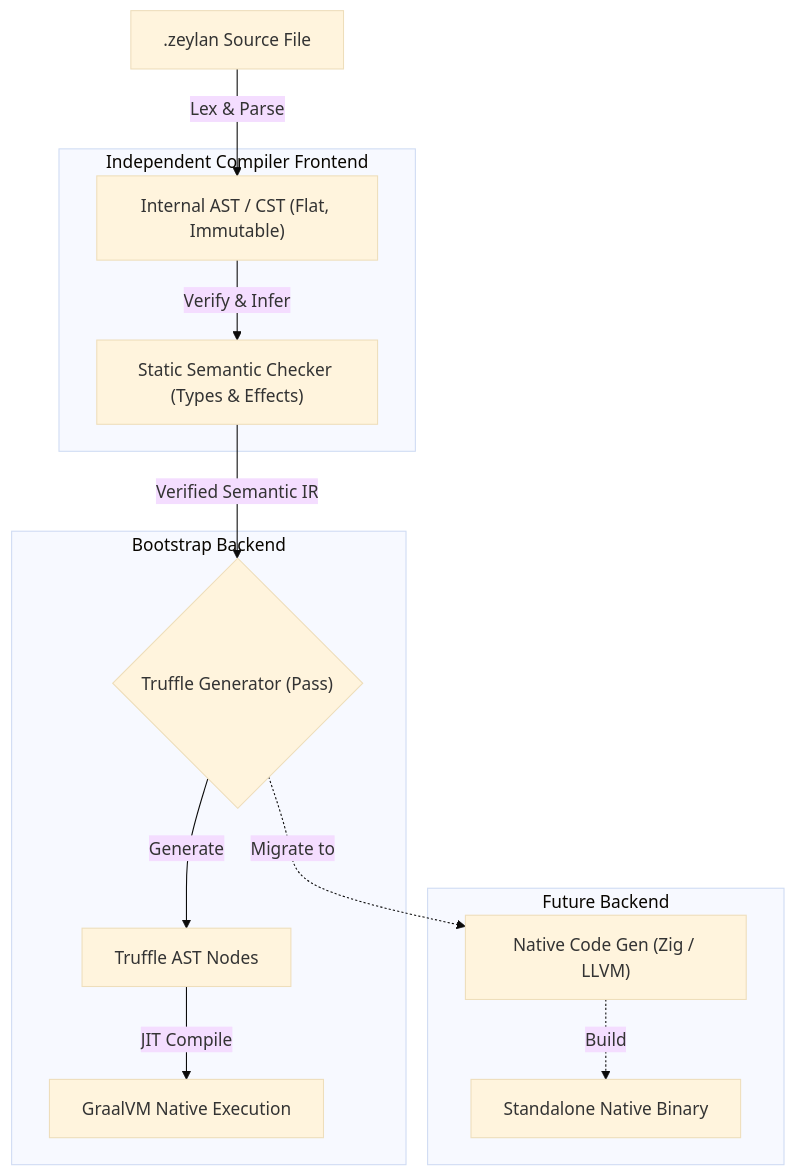
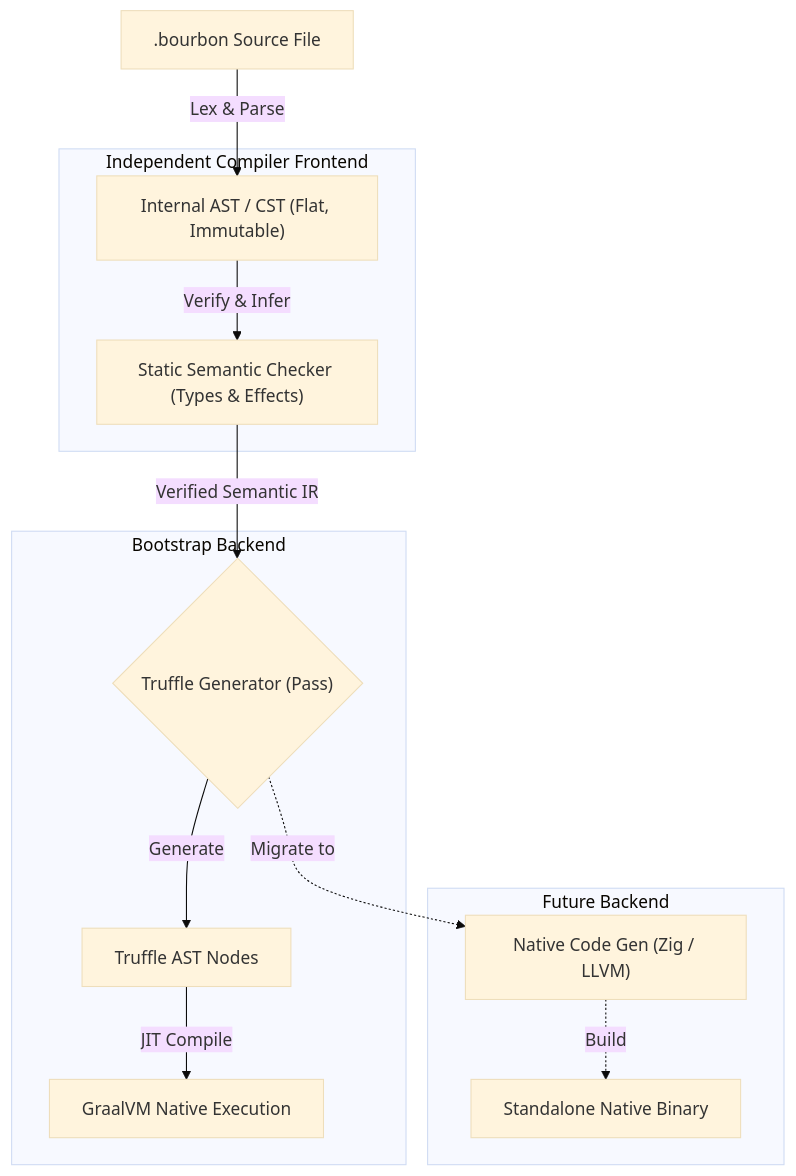
Before and after one commit to luolong/zeylan-lang: the diagram in docs/modules/contributing/pages/compiler-pipeline-internals.adoc, drawn with Mermaid (base theme). The commit also changed other lines of this file and 161 other files, not shown here.

Commit message:
Rebranding: Zeylan -> Bourbon

```diff
--- a/docs/modules/contributing/pages/compiler-pipeline-internals.adoc
+++ b/docs/modules/contributing/pages/compiler-pipeline-internals.adoc
@@ -12,23 +12,23 @@
 [mermaid]
 ----
 graph TD
-    Source[".zeylan Source File"] -->|Lex & Parse| AST["Internal AST / CST (Flat, Immutable)"]
+    Source[".bourbon Source File"] -->|Lex & Parse| AST["Internal AST / CST (Flat, Immutable)"]
     AST -->|Verify & Infer| Checker["Static Semantic Checker (Types & Effects)"]
     
     subgraph Frontend [Independent Compiler Frontend]
         AST
         Checker
     end
     
     Checker -->|Verified Semantic IR| Bridge{"Truffle Generator (Pass)"}
     
     subgraph Bootstrap Backend
         Bridge -->|Generate| Truffle["Truffle AST Nodes"]
         Truffle -->|JIT Compile| Graal["GraalVM Native Execution"]
     end
 
     subgraph Future Backend
         Bridge -.->|Migrate to| NativeGen["Native Code Gen (Zig / LLVM)"]
         NativeGen -.->|Build| Native["Standalone Native Binary"]
     end
 ----
```
